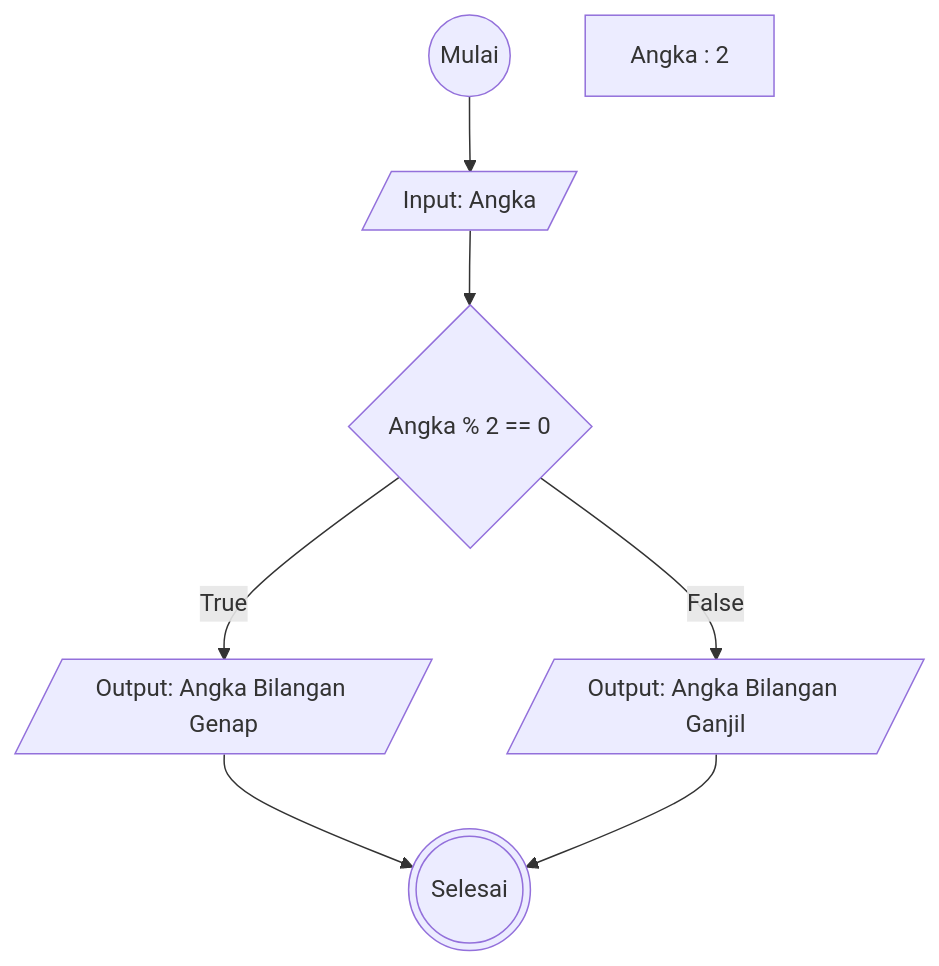
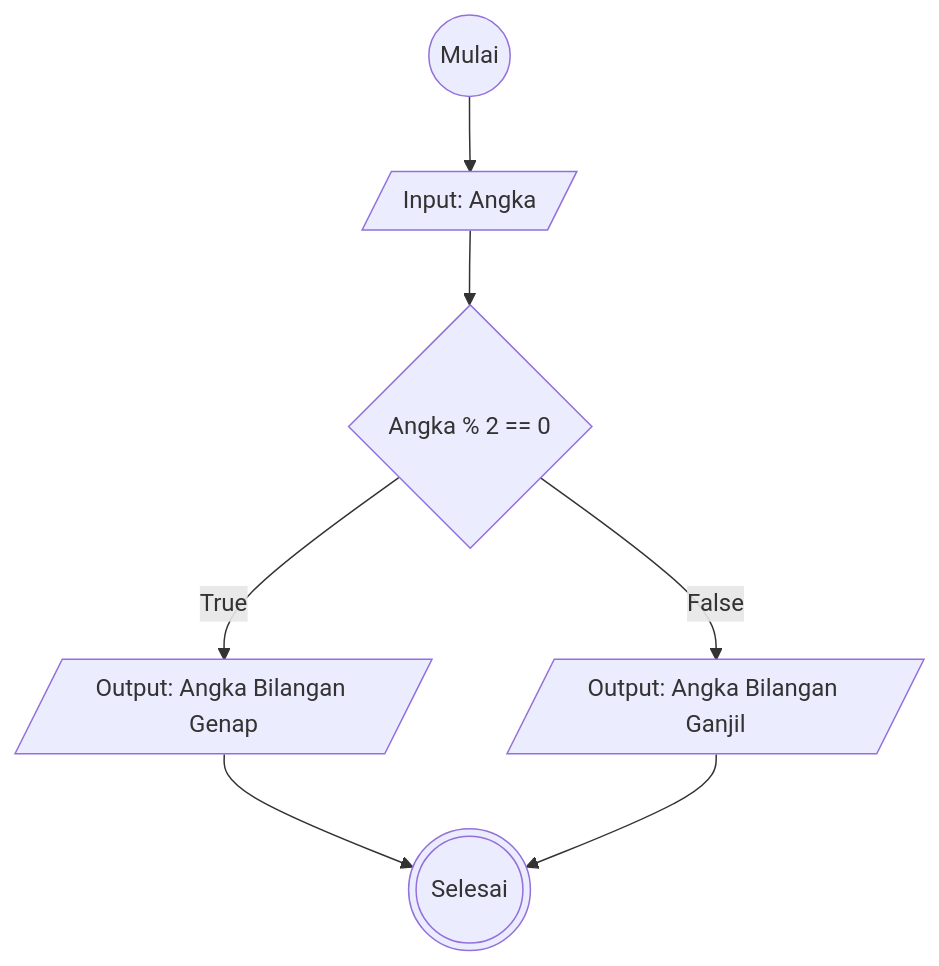
The diagram in flowchart-ganjil-genap.md (alhilalfathi/koda-b6-algoritma), drawn with Mermaid before and after one commit.

````diff
--- a/flowchart-ganjil-genap.md
+++ b/flowchart-ganjil-genap.md
@@ -1,14 +1,14 @@
 ```mermaid
 flowchart TD
     A@{ shape: circle, label: "Mulai" }
     B@{ shape: lean-r, label: "Input: Angka"}
-    d@{ label: "Angka : 2"}
+    
     C@{ shape: diamond, label: "Angka % 2 == 0"}
     F@{ shape: lean-r, label: "Output: Angka Bilangan Genap"}
     G@{ shape: lean-r, label: "Output: Angka Bilangan Ganjil"}
     H@{ shape: dbl-circ, label: "Selesai"}
 
 A --> B --> C -- True --> F
 C -- False --> G
 F & G --> H
 ```
````
